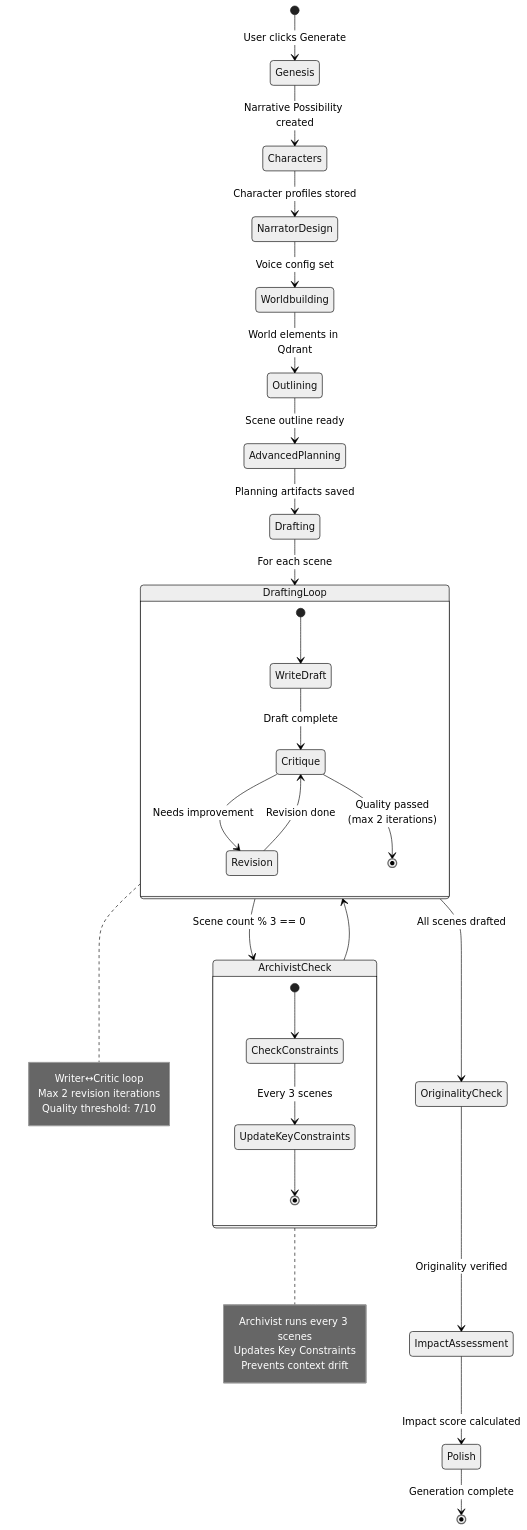
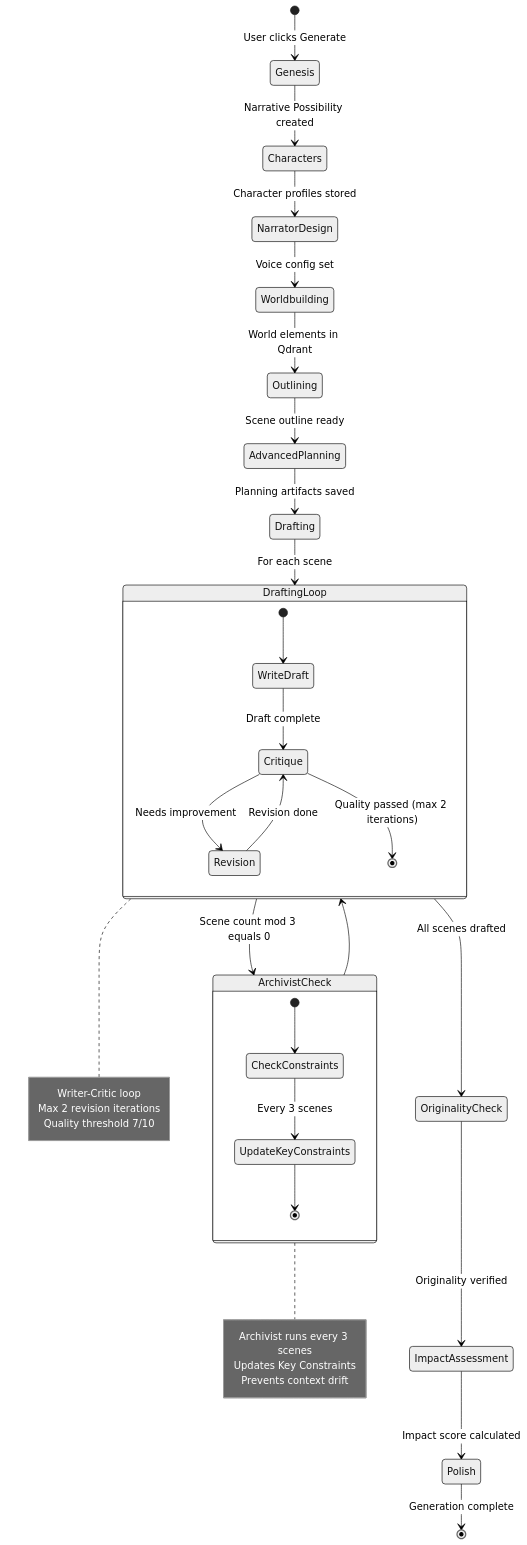
The third of 9 diagrams in README.md (IShalkin/manoe), drawn with Mermaid (neutral theme) before and after one commit. The commit also changed other lines of this file, not shown here.

First line of the commit message:
fix: Remove HTML br tags from Mermaid diagrams for GitHub compatibility

````diff
--- a/README.md
+++ b/README.md
@@ -136,47 +136,47 @@
 ```mermaid
 stateDiagram-v2
     [*] --> Genesis: User clicks Generate
     
     Genesis --> Characters: Narrative Possibility created
     Characters --> NarratorDesign: Character profiles stored
     NarratorDesign --> Worldbuilding: Voice config set
     Worldbuilding --> Outlining: World elements in Qdrant
     Outlining --> AdvancedPlanning: Scene outline ready
     AdvancedPlanning --> Drafting: Planning artifacts saved
     
     state DraftingLoop {
         [*] --> WriteDraft
         WriteDraft --> Critique: Draft complete
         Critique --> Revision: Needs improvement
         Revision --> Critique: Revision done
-        Critique --> [*]: Quality passed<br/>(max 2 iterations)
+        Critique --> [*]: Quality passed (max 2 iterations)
     }
     
     Drafting --> DraftingLoop: For each scene
     DraftingLoop --> OriginalityCheck: All scenes drafted
     
     state ArchivistCheck {
         [*] --> CheckConstraints
         CheckConstraints --> UpdateKeyConstraints: Every 3 scenes
         UpdateKeyConstraints --> [*]
     }
     
-    DraftingLoop --> ArchivistCheck: Scene count % 3 == 0
+    DraftingLoop --> ArchivistCheck: Scene count mod 3 equals 0
     ArchivistCheck --> DraftingLoop
     
     OriginalityCheck --> ImpactAssessment: Originality verified
     ImpactAssessment --> Polish: Impact score calculated
     Polish --> [*]: Generation complete
     
     note right of DraftingLoop
-        Writer↔Critic loop
+        Writer-Critic loop
         Max 2 revision iterations
-        Quality threshold: 7/10
+        Quality threshold 7/10
     end note
     
     note right of ArchivistCheck
         Archivist runs every 3 scenes
         Updates Key Constraints
         Prevents context drift
     end note
 ```
````
